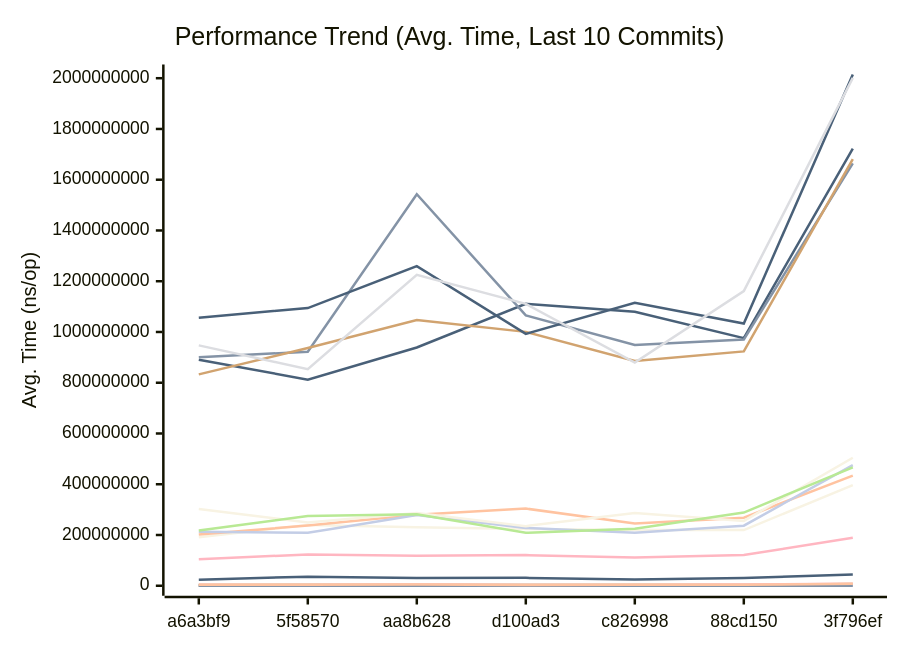
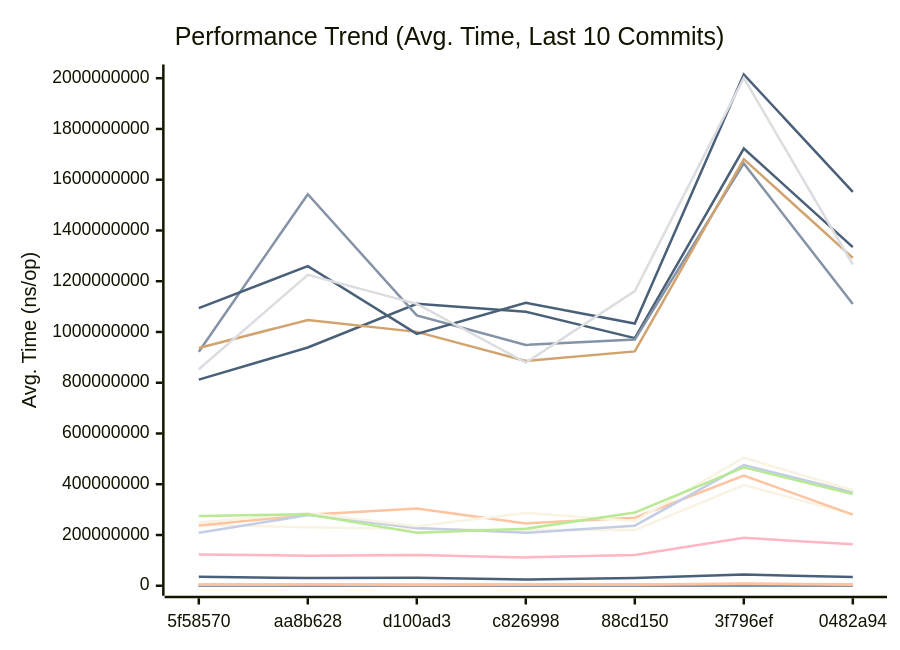
The first of 3 diagrams in docs/PERFORMANCE.md (alsotoes/momo), drawn with Mermaid before and after one commit. The commit also changed other lines of this file and 47 other files, not shown here.

````diff
--- a/docs/PERFORMANCE.md
+++ b/docs/PERFORMANCE.md
@@ -251,42 +252,42 @@
 ```mermaid
 xychart-beta
     title "Performance Trend (Avg. Time, Last 10 Commits)"
     x-axis "Commit"
     y-axis "Avg. Time (ns/op)"
-    x-axis [a6a3bf9,5f58570,aa8b628,d100ad3,c826998,88cd150,3f796ef]
-    line "AWSChunkedReaderSigned" [433775,468904,508062,513734,453907,508785,905557,534318,636346,690357]
-    line "AWSChunkedReaderUnsigned" [410570,459580,513068,555370,434075,493616,894454,593403,613680,684347]
-    line "CheckMetricsAndSwap" [8,8,10,10,10,9,15,11,13,14]
-    line "CrushOptimized" [296,324,395,388,377,359,624,439,383,433]
-    line "CrushOriginal" [389,424,500,510,457,482,891,591,678,598]
-    line "FormatListObjectsV2XML_AppendFormat" [585500,632895,781453,825885,607733,755798,1466071,913648,876655,1035620]
-    line "FormatListObjectsV2XML_OldFormat" [385936,392685,437988,457438,384420,452349,876006,527726,499237,554225]
-    line "HashBytes/1MiB" [2943044,3455198,4083758,3234966,3413080,3456264,5810430,3924626,3806841,4997033]
-    line "HashBytes/256MiB" [890920045,812286372,938923522,1110812216,1079738977,975610814,1722861401,1334138916,1086104803,1161959394]
-    line "HashBytes/64MiB" [191159849,239861268,230821474,223678991,219197938,219466744,396388379,282406448,294324496,253497415]
-    line "HashFile/1MiB" [3438255,3866812,3929226,4016890,4018511,4015638,6883319,4730225,4355866,5020414]
-    line "HashFile/256MiB" [900152012,922386758,1542681975,1065256239,948781835,970019312,1664168720,1110334520,1039461142,1402967574]
-    line "HashFile/64MiB" [202378726,236988193,279832912,304125965,245379512,268034657,434196622,280320210,335648128,350050718]
-    line "IndexDirectTracking" [0,0,0,1,0,0,1,1,0,1]
-    line "IndexSearch" [3,3,3,3,2,2,4,2,2,3]
-    line "LoadGlobalConfig" [8373,9135,11430,10521,10213,10358,20717,13477,12586,12915]
-    line "LocalWrite/1MiB" [386344,535333,623012,523182,386063,1014308,861821,620083,533203,606315]
-    line "LocalWrite/256MiB" [104739454,123322682,118227363,120742842,111644085,120805038,188719012,163107200,137014284,135157963]
-    line "LocalWrite/64MiB" [24065226,35686954,30222165,31091015,24172266,30061816,44391316,34009604,32925149,33266024]
-    line "PadString" [41,47,91,57,43,54,108,74,66,65]
+    x-axis [5f58570,aa8b628,d100ad3,c826998,88cd150,3f796ef,0482a94]
+    line "AWSChunkedReaderSigned" [468904,508062,513734,453907,508785,905557,534318,636346,690357,622918]
+    line "AWSChunkedReaderUnsigned" [459580,513068,555370,434075,493616,894454,593403,613680,684347,616129]
+    line "CheckMetricsAndSwap" [8,10,10,10,9,15,11,13,14,14]
+    line "CrushOptimized" [324,395,388,377,359,624,439,383,433,463]
+    line "CrushOriginal" [424,500,510,457,482,891,591,678,598,642]
+    line "FormatListObjectsV2XML_AppendFormat" [632895,781453,825885,607733,755798,1466071,913648,876655,1035620,900618]
+    line "FormatListObjectsV2XML_OldFormat" [392685,437988,457438,384420,452349,876006,527726,499237,554225,498654]
+    line "HashBytes/1MiB" [3455198,4083758,3234966,3413080,3456264,5810430,3924626,3806841,4997033,4520322]
+    line "HashBytes/256MiB" [812286372,938923522,1110812216,1079738977,975610814,1722861401,1334138916,1086104803,1161959394,1081431052]
+    line "HashBytes/64MiB" [239861268,230821474,223678991,219197938,219466744,396388379,282406448,294324496,253497415,254442334]
+    line "HashFile/1MiB" [3866812,3929226,4016890,4018511,4015638,6883319,4730225,4355866,5020414,4836717]
+    line "HashFile/256MiB" [922386758,1542681975,1065256239,948781835,970019312,1664168720,1110334520,1039461142,1402967574,1130963414]
+    line "HashFile/64MiB" [236988193,279832912,304125965,245379512,268034657,434196622,280320210,335648128,350050718,282645449]
+    line "IndexDirectTracking" [0,0,1,0,0,1,1,0,1,1]
+    line "IndexSearch" [3,3,3,2,2,4,2,2,3,2]
+    line "LoadGlobalConfig" [9135,11430,10521,10213,10358,20717,13477,12586,12915,11283]
+    line "LocalWrite/1MiB" [535333,623012,523182,386063,1014308,861821,620083,533203,606315,575526]
+    line "LocalWrite/256MiB" [123322682,118227363,120742842,111644085,120805038,188719012,163107200,137014284,135157963,132539343]
+    line "LocalWrite/64MiB" [35686954,30222165,31091015,24172266,30061816,44391316,34009604,32925149,33266024,33235605]
+    line "PadString" [47,91,57,43,54,108,74,66,65,63]
     line "ParseReplicationOrder_NoPrealloc" [350,349,357,354,345,225,229,165,232,234]
     line "ParseReplicationOrder_Prealloc" [229,231,237,234,229,108,107,80,110,109]
-    line "Placement" [4402,4818,5406,5565,5457,4982,9769,7169,6982,6435]
-    line "PlacementDomainSpread" [4713,5072,5712,5726,5715,5363,10254,7367,6165,7125]
-    line "ReadVerify/1MiB" [3322226,4158622,4423216,3880705,3695998,3063023,6669899,5893653,4349552,4844958]
-    line "ReadVerify/256MiB" [833047448,936726754,1047336519,1000480549,885690851,923410779,1681161525,1292102083,1527966144,1208865206]
-    line "ReadVerify/64MiB" [212456699,208430448,278276063,227817182,208677144,236746582,475503443,368423405,360046306,301883250]
-    line "S3PutSpool/1MiB" [3659136,3725511,4622411,4130137,3968364,5120338,8098804,5792248,4040951,5594802]
-    line "S3PutSpool/256MiB" [1056311038,1094320670,1259669614,992342042,1114984906,1033132692,2014620633,1552306291,1093403586,1746985899]
-    line "S3PutSpool/64MiB" [302092155,249542876,286259711,234949006,287125834,255515959,504549456,376146327,294844128,391765533]
-    line "SanitizeLog/Safe" [222,246,264,286,222,310,494,332,277,365]
-    line "SanitizeLog/Unsafe" [674,741,900,848,591,715,1256,854,1098,1183]
-    line "TrustedRead/1MiB" [3530931,3629261,4639890,3222989,4353885,3601064,7771585,4314592,6674262,5737318]
-    line "TrustedRead/256MiB" [947127786,853259220,1225064259,1110598924,879089092,1160948664,2001362379,1265914846,1581862210,1346158360]
-    line "TrustedRead/64MiB" [217573714,274674598,281874202,208613545,224760418,288480214,466675929,361331755,408809763,349215436]
+    line "Placement" [4818,5406,5565,5457,4982,9769,7169,6982,6435,6648]
+    line "PlacementDomainSpread" [5072,5712,5726,5715,5363,10254,7367,6165,7125,6936]
+    line "ReadVerify/1MiB" [4158622,4423216,3880705,3695998,3063023,6669899,5893653,4349552,4844958,4821081]
+    line "ReadVerify/256MiB" [936726754,1047336519,1000480549,885690851,923410779,1681161525,1292102083,1527966144,1208865206,1079520105]
+    line "ReadVerify/64MiB" [208430448,278276063,227817182,208677144,236746582,475503443,368423405,360046306,301883250,211152290]
+    line "S3PutSpool/1MiB" [3725511,4622411,4130137,3968364,5120338,8098804,5792248,4040951,5594802,4971787]
+    line "S3PutSpool/256MiB" [1094320670,1259669614,992342042,1114984906,1033132692,2014620633,1552306291,1093403586,1746985899,1161989262]
+    line "S3PutSpool/64MiB" [249542876,286259711,234949006,287125834,255515959,504549456,376146327,294844128,391765533,283817898]
+    line "SanitizeLog/Safe" [246,264,286,222,310,494,332,277,365,264]
+    line "SanitizeLog/Unsafe" [741,900,848,591,715,1256,854,1098,1183,1013]
+    line "TrustedRead/1MiB" [3629261,4639890,3222989,4353885,3601064,7771585,4314592,6674262,5737318,4407789]
+    line "TrustedRead/256MiB" [853259220,1225064259,1110598924,879089092,1160948664,2001362379,1265914846,1581862210,1346158360,1079106743]
+    line "TrustedRead/64MiB" [274674598,281874202,208613545,224760418,288480214,466675929,361331755,408809763,349215436,302381501]
 ```
````
